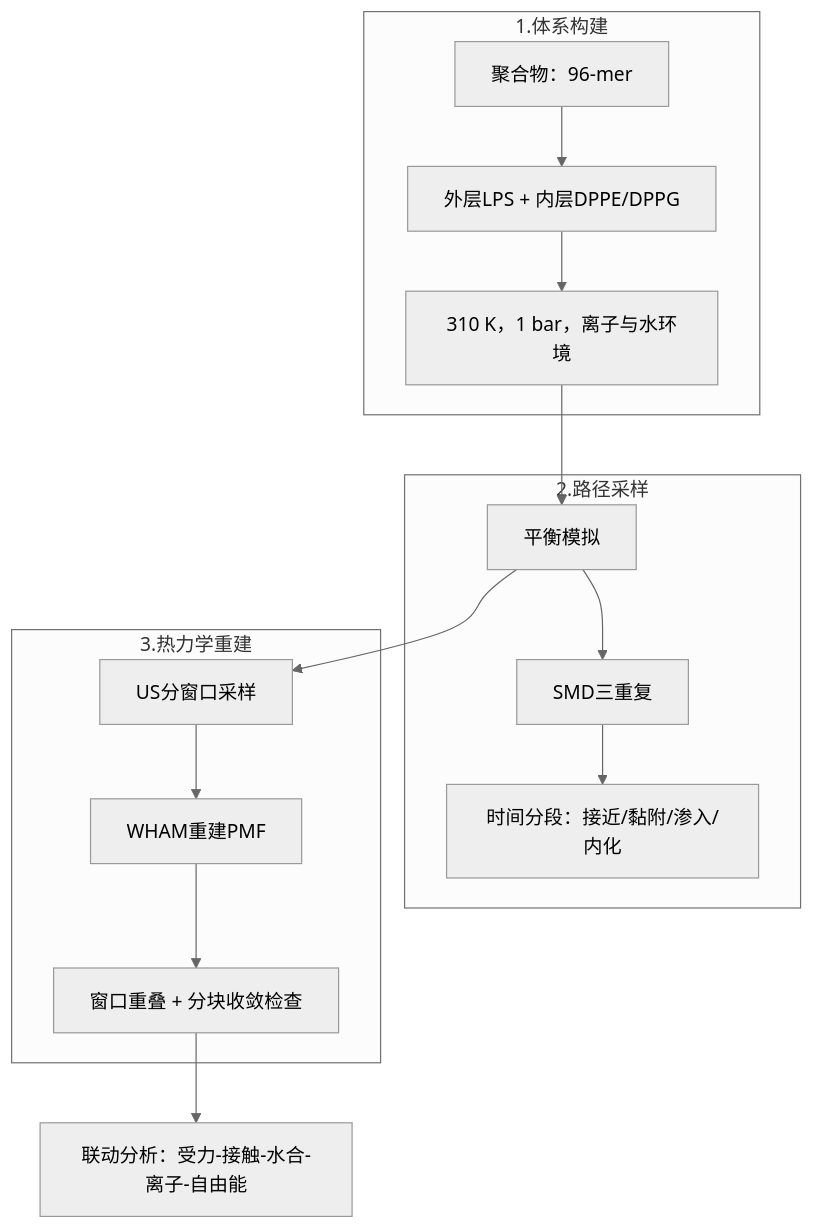
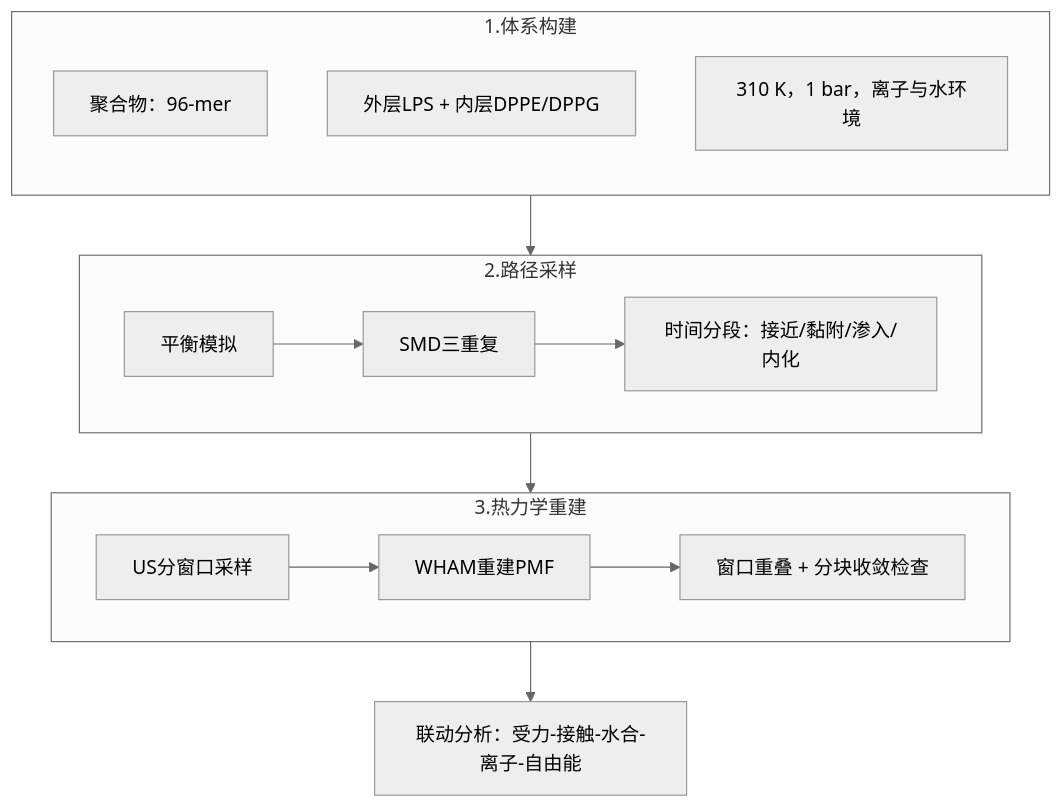
The first of 2 diagrams in _pages/Specific Sytems/Nano Polymers/2026-04-08-mma-polymer-bacterial-outer-membrane-cgmd.md (gxf1212/mendelevium), drawn with Mermaid (neutral theme) before and after one commit. The commit also changed other lines of this file and 8 other files, not shown here.

````diff
--- a/_pages/Specific Sytems/Nano Polymers/2026-04-08-mma-polymer-bacterial-outer-membrane-cgmd.md
+++ b/_pages/Specific Sytems/Nano Polymers/2026-04-08-mma-polymer-bacterial-outer-membrane-cgmd.md
@@ -111,26 +130,26 @@
 ```mermaid
 graph TB
     subgraph S1["1.体系构建"]
+    	direction TB
         A1["聚合物：96-mer"]
         A2["外层LPS + 内层DPPE/DPPG"]
         A3["310 K，1 bar，离子与水环境"]
-        A1 --> A2 --> A3
     end
 
     subgraph S2["2.路径采样"]
         B1["平衡模拟"]
         B2["SMD三重复"]
         B3["时间分段：接近/黏附/渗入/内化"]
         B1 --> B2 --> B3
     end
 
     subgraph S3["3.热力学重建"]
+    	direction LR
         C1["US分窗口采样"]
         C2["WHAM重建PMF"]
         C3["窗口重叠 + 分块收敛检查"]
         C1 --> C2 --> C3
     end
 
-    A3 --> B1 --> C1
-    C3 --> D["联动分析：受力-接触-水合-离子-自由能"]
+    S1 --> S2 --> S3 --> D["联动分析：受力-接触-水合-离子-自由能"]
 ```
````
